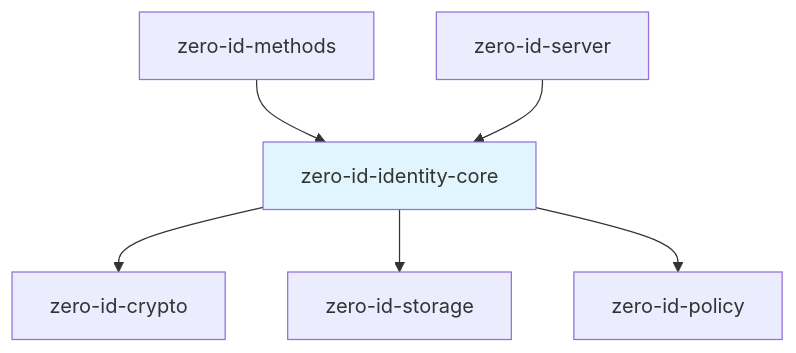
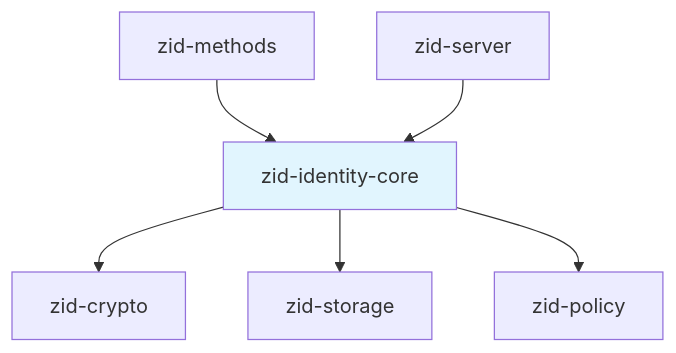
The first of 8 diagrams in docs/spec/v0.1/04-identity-core.md (cypher-asi/zero-auth), drawn with Mermaid before and after one commit. The commit also changed other lines of this file and 240 other files, not shown here.

Commit message:
refactor: shorten crate names from zero-id-* to zid-* prefix

````diff
--- a/docs/spec/v0.1/04-identity-core.md
+++ b/docs/spec/v0.1/04-identity-core.md
@@ -26,16 +26,16 @@
 ```mermaid
 graph TD
-    CRYPTO[zero-id-crypto]
-    STORAGE[zero-id-storage]
-    POLICY[zero-id-policy]
-    IDENTITY[zero-id-identity-core]
+    CRYPTO[zid-crypto]
+    STORAGE[zid-storage]
+    POLICY[zid-policy]
+    IDENTITY[zid-identity-core]
     
     IDENTITY --> CRYPTO
     IDENTITY --> STORAGE
     IDENTITY --> POLICY
     
-    METHODS[zero-id-methods] --> IDENTITY
-    SERVER[zero-id-server] --> IDENTITY
+    METHODS[zid-methods] --> IDENTITY
+    SERVER[zid-server] --> IDENTITY
     
     style IDENTITY fill:#e1f5fe
 ```
````
